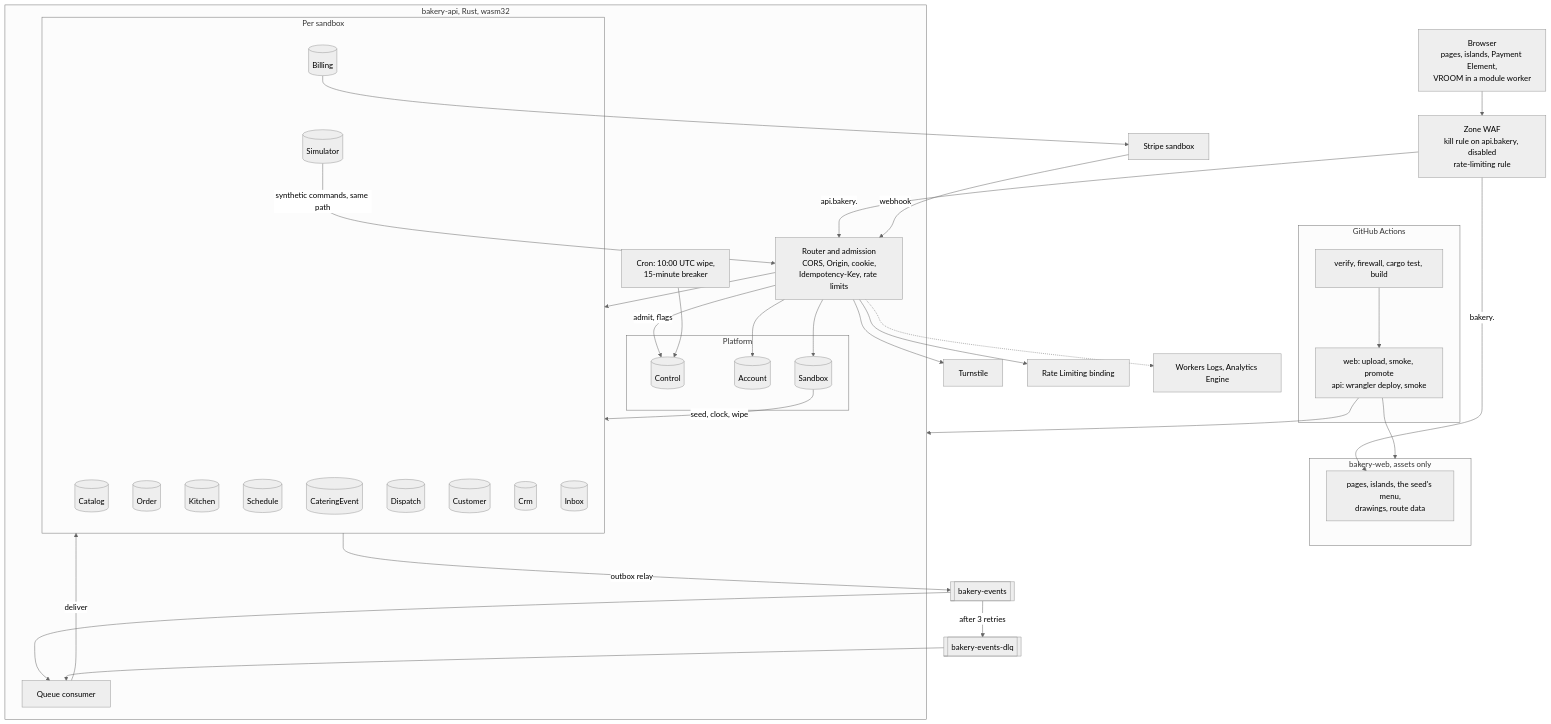
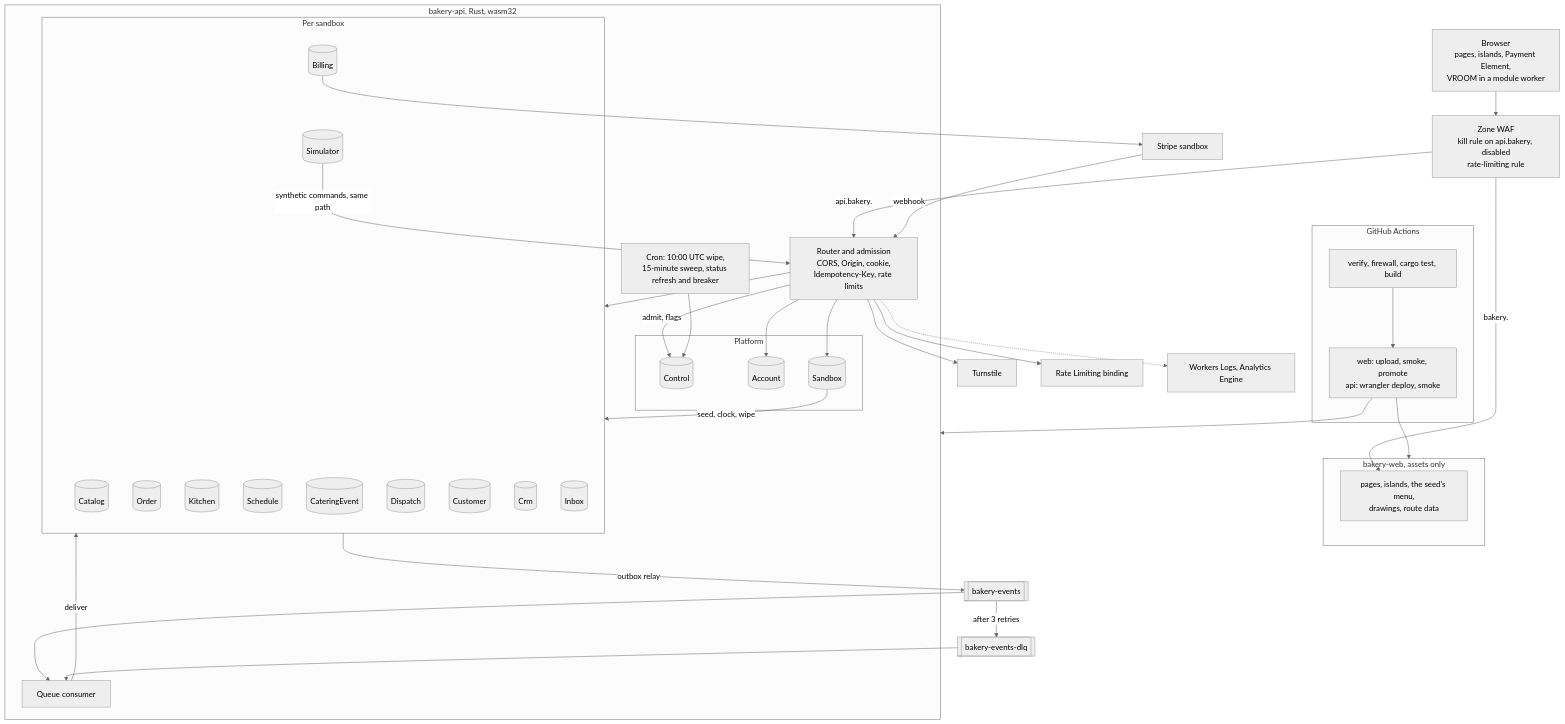
One commit to IHaveASegway/bakery changed the second of 11 diagrams in docs/architecture.md. Above: the diagram before and after it, drawn with Mermaid (neutral theme). The commit also changed other lines of this file and 7 other files, not shown here.

First line of the commit message:
Document the cron breaker as built

````diff
--- a/docs/architecture.md
+++ b/docs/architecture.md
@@ -81,64 +81,64 @@
 ```mermaid
 flowchart TB
   browser["Browser<br/>pages, islands, Payment Element,<br/>VROOM in a module worker"]
   rules["Zone WAF<br/>kill rule on api.bakery, disabled<br/>rate-limiting rule"]
   subgraph webw ["bakery-web, assets only"]
     assets["pages, islands, the seed's menu,<br/>drawings, route data"]
   end
   subgraph apiw ["bakery-api, Rust, wasm32"]
     router["Router and admission<br/>CORS, Origin, cookie,<br/>Idempotency-Key, rate limits"]
     consumer["Queue consumer"]
-    cron["Cron: 10:00 UTC wipe,<br/>15-minute breaker"]
+    cron["Cron: 10:00 UTC wipe,<br/>15-minute sweep, status refresh and breaker"]
     subgraph platform ["Platform"]
       control[("Control")]
       account[("Account")]
       sandbox[("Sandbox")]
     end
     subgraph perbox ["Per sandbox"]
       catalog[("Catalog")]
       order[("Order")]
       kitchen[("Kitchen")]
       schedule[("Schedule")]
       catering[("CateringEvent")]
       billing[("Billing")]
       dispatch[("Dispatch")]
       customer[("Customer")]
       crm[("Crm")]
       inbox[("Inbox")]
       simulator[("Simulator")]
     end
   end
   queue[["bakery-events"]]
   dlq[["bakery-events-dlq"]]
   turnstile["Turnstile"]
   rl["Rate Limiting binding"]
   telemetry["Workers Logs, Analytics Engine"]
   stripe["Stripe sandbox"]
   subgraph pipeline ["GitHub Actions"]
     build["verify, firewall, cargo test, build"]
     deploy["web: upload, smoke, promote<br/>api: wrangler deploy, smoke"]
   end
 
   browser --> rules
   rules -->|"bakery."| assets
   rules -->|"api.bakery."| router
   router --> turnstile
   router --> rl
   router -->|"admit, flags"| control
   router --> account
   router --> sandbox
   router --> perbox
   simulator -->|"synthetic commands, same path"| router
   sandbox -->|"seed, clock, wipe"| perbox
   perbox -->|"outbox relay"| queue
   queue --> consumer
   consumer -->|"deliver"| perbox
   queue -->|"after 3 retries"| dlq --> consumer
   cron --> control
   billing --> stripe
   stripe -->|"webhook"| router
   router -.-> telemetry
   build --> deploy
   deploy --> webw
   deploy --> apiw
 ```
````
